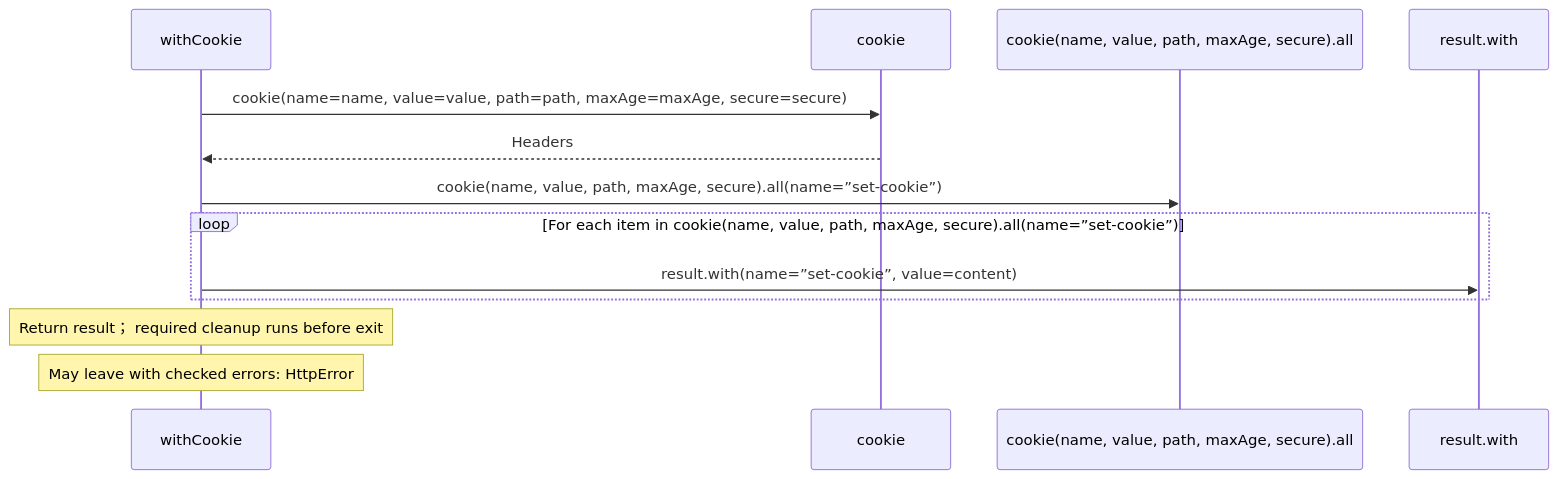
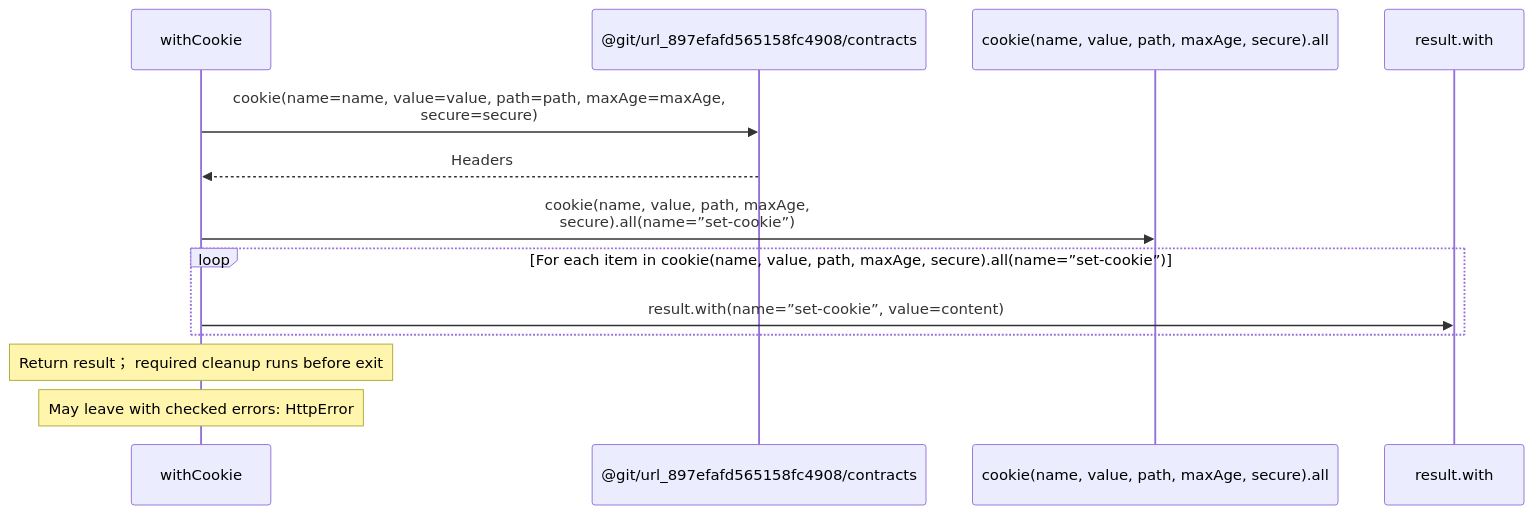
The third of 3 diagrams in docs/examples/oidc-login/common/headers-diagrams.md (GreenPandaStudios/augscript), drawn with Mermaid before and after one commit. The commit also changed other lines of this file and 200 other files, not shown here.

Commit message:
Group imported operations and wrap readable sequence messages

````diff
--- a/docs/examples/oidc-login/common/headers-diagrams.md
+++ b/docs/examples/oidc-login/common/headers-diagrams.md
@@ -64,15 +64,15 @@
 ```mermaid
 sequenceDiagram
     participant p0 as withCookie
-    participant p1 as cookie
+    participant p1 as @git/url_897efafd565158fc4908/contracts
     participant p2 as cookie(name, value, path, maxAge, secure).all
     participant p3 as result.with
-    p0->>p1: cookie(name=name, value=value, path=path, maxAge=maxAge, secure=secure)
+    p0->>p1: cookie(name=name, value=value, path=path, maxAge=maxAge,<br/>secure=secure)
     p1-->>p0: Headers
-    p0->>p2: cookie(name, value, path, maxAge, secure).all(name=”set-cookie”)
+    p0->>p2: cookie(name, value, path, maxAge,<br/>secure).all(name=”set-cookie”)
     loop For each item in cookie(name, value, path, maxAge, secure).all(name=”set-cookie”)
     p0->>p3: result.with(name=”set-cookie”, value=content)
     end
     Note over p0: Return result； required cleanup runs before exit
     Note over p0: May leave with checked errors: HttpError
 ```
````
